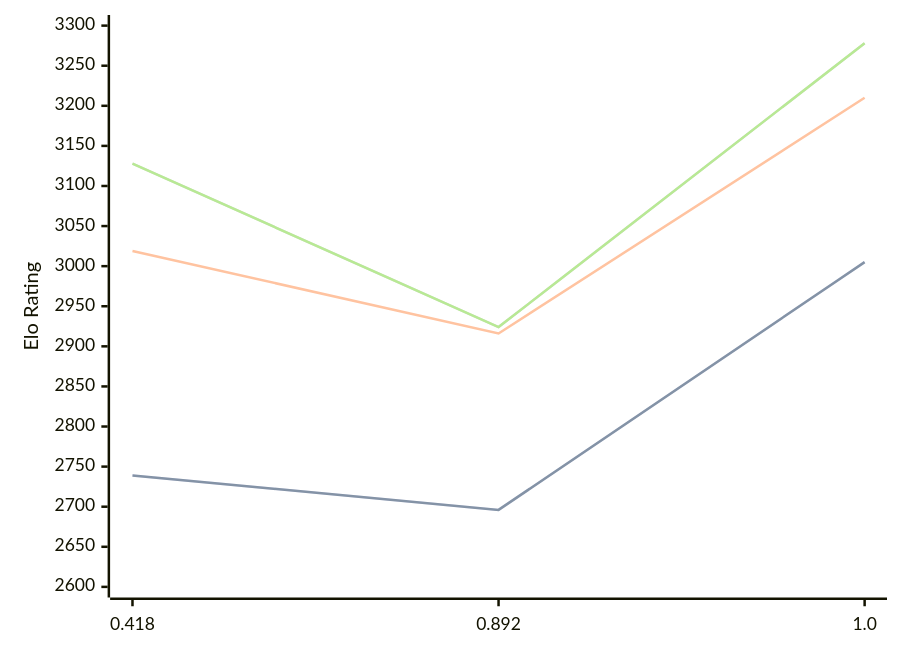
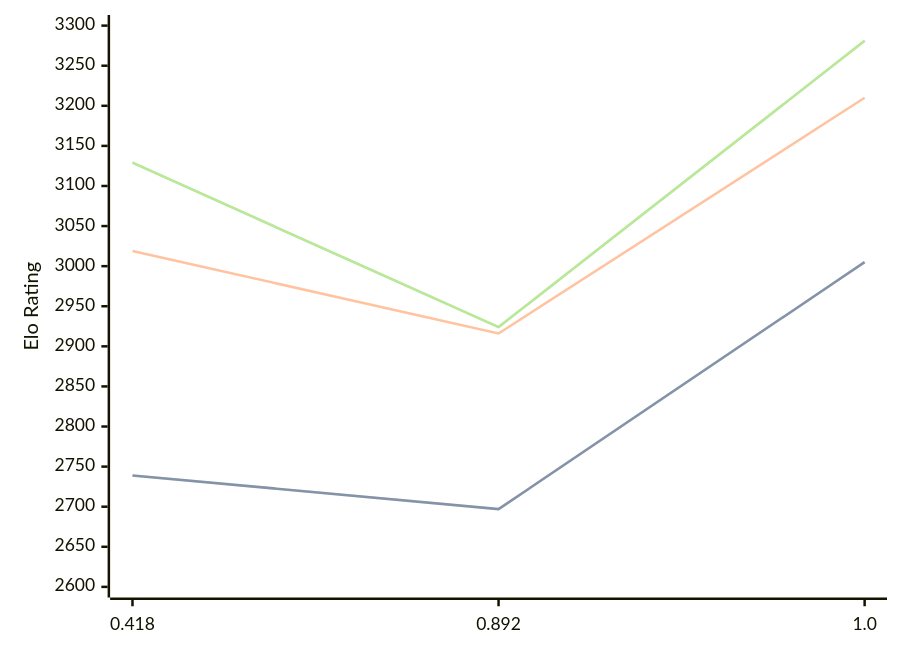
Before and after one commit to computer-chess-index/cci: the diagram in engines/Malika.md, drawn with Mermaid. The commit also changed other lines of this file, not shown here.

Commit message:
Update CCI Ratings (ELO VLTC) - 2026-04-09

````diff
--- a/engines/Malika.md
+++ b/engines/Malika.md
@@ -33,11 +33,11 @@
 ```mermaid
 %%{init: {"theme":"base","themeVariables":{"seriesColors:['#a3a3a3','#222221','#faa371']}}}%%
 xychart-beta
   x-axis ["0.418", "0.892", "1.0"]
   y-axis "Elo Rating" 2600 --> 3300
-  line "STC (8.0+0.08s)" [2739, 2696, 3005]
-  line "STC (8.0+0.08s)" [2739, 2696, 3005]
+  line "STC (8.0+0.08s)" [2739, 2697, 3005]
+  line "STC (8.0+0.08s)" [2739, 2697, 3005]
   line "LTC (60.0+0.60s)" [3019, 2916, 3210]
-  line "VLTC (2m24s+1.12s)" [3128, 2924, 3278]
-  line "VLTC (2m24s+1.12s)" [3128, 2924, 3278]
+  line "VLTC (2m24s+1.12s)" [3129, 2924, 3281]
+  line "VLTC (2m24s+1.12s)" [3129, 2924, 3281]
 ```
````
